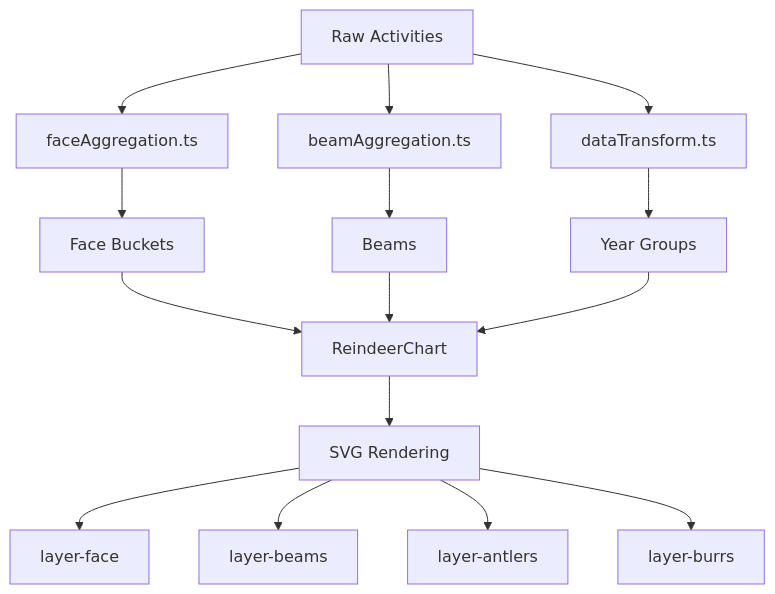
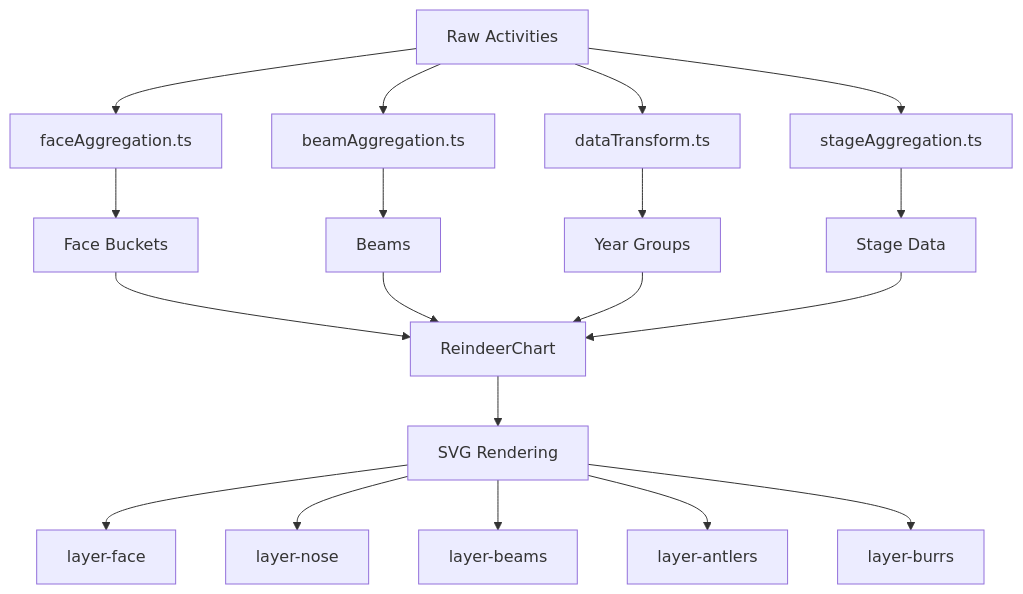
The diagram in AGENTS.md (markstownsend/reindeer), drawn with Mermaid before and after one commit. The commit also changed other lines of this file and 94 other files, not shown here.

````diff
--- a/AGENTS.md
+++ b/AGENTS.md
@@ -194,20 +216,24 @@
 ```mermaid
 graph TD
     A[Raw Activities] --> B[faceAggregation.ts]
     A --> C[beamAggregation.ts]
     A --> D[dataTransform.ts]
+    A --> E[stageAggregation.ts]
 
-    B --> E[Face Buckets]
-    C --> F[Beams]
-    D --> G[Year Groups]
+    B --> F[Face Buckets]
+    C --> G[Beams]
+    D --> H[Year Groups]
+    E --> I[Stage Data]
 
-    E --> H[ReindeerChart]
-    F --> H
-    G --> H
+    F --> J[ReindeerChart]
+    G --> J
+    H --> J
+    I --> J
 
-    H --> I[SVG Rendering]
-    I --> J[layer-face]
-    I --> K[layer-beams]
-    I --> L[layer-antlers]
-    I --> M[layer-burrs]
+    J --> K[SVG Rendering]
+    K --> L[layer-face]
+    K --> M[layer-nose]
+    K --> N[layer-beams]
+    K --> O[layer-antlers]
+    K --> P[layer-burrs]
 ```
````
